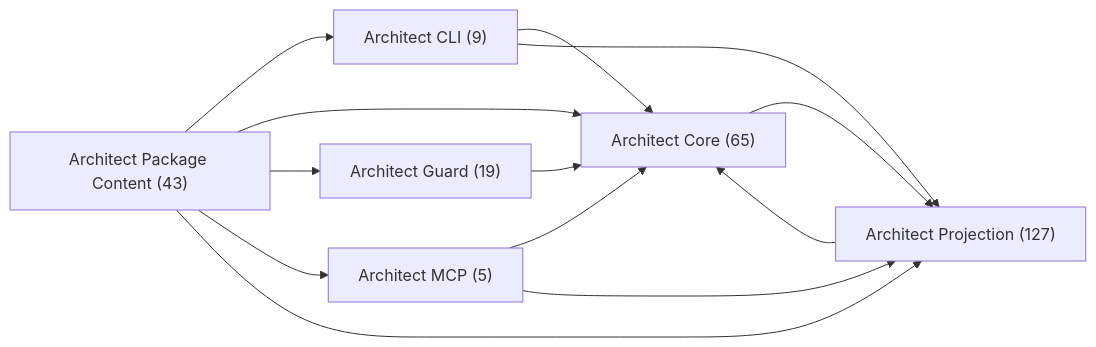
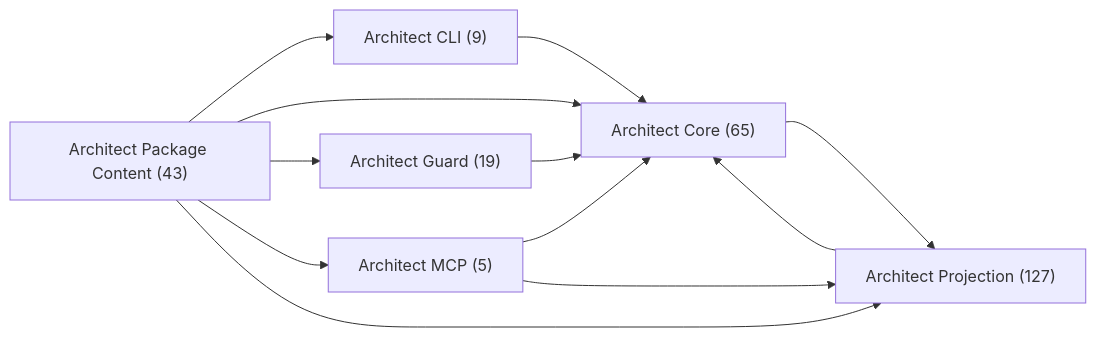
Before and after one commit to libar-dev/architect: the first of 7 diagrams in docs-live/design-review/by-package.md, drawn with Mermaid. The commit also changed 27 other files, not shown here.

````diff
--- a/docs-live/design-review/by-package.md
+++ b/docs-live/design-review/by-package.md
@@ -18,21 +18,20 @@
 ```mermaid
 graph LR
   pkg_architect_cli["Architect CLI (9)"]
   pkg_architect_core["Architect Core (65)"]
   pkg_architect_guard["Architect Guard (19)"]
   pkg_architect_mcp["Architect MCP (5)"]
   pkg_architect_package_content["Architect Package Content (43)"]
   pkg_architect_projection["Architect Projection (127)"]
   pkg_architect_cli --> pkg_architect_core
-  pkg_architect_cli --> pkg_architect_projection
   pkg_architect_core --> pkg_architect_projection
   pkg_architect_guard --> pkg_architect_core
   pkg_architect_mcp --> pkg_architect_core
   pkg_architect_mcp --> pkg_architect_projection
   pkg_architect_package_content --> pkg_architect_cli
   pkg_architect_package_content --> pkg_architect_core
   pkg_architect_package_content --> pkg_architect_guard
   pkg_architect_package_content --> pkg_architect_mcp
   pkg_architect_package_content --> pkg_architect_projection
   pkg_architect_projection --> pkg_architect_core
 ```
````
